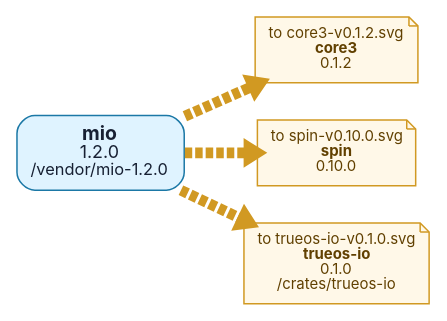
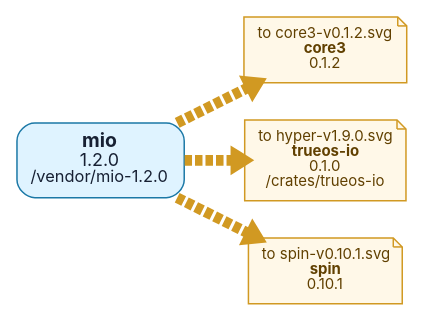
Before and after one commit to t4ce/TRUEOS: the diagram in tools/docs/depgraph/by-root/mio-v1.2.0.dot, drawn with Graphviz. The commit also changed 214 other files, not shown here.

```diff
--- a/tools/docs/depgraph/by-root/mio-v1.2.0.dot
+++ b/tools/docs/depgraph/by-root/mio-v1.2.0.dot
@@ -1,15 +1,15 @@
 digraph "mio-v1.2.0" {
   graph [rankdir=LR, bgcolor="white", overlap=false, splines=true, nodesep=0.35, ranksep=0.55];
   node [shape=box, style="rounded,filled", fontname="Inter,Arial", fontsize=10, margin="0.13,0.10", color="#8b9bb0", fillcolor="#f7f9fb", fontcolor="#172033"];
   edge [color="#9aa8b8", arrowsize=0.55, penwidth=7.2];
   n0 [label=<<FONT POINT-SIZE="13"><B>mio</B></FONT><BR/><FONT POINT-SIZE="12">1.2.0</FONT><BR/><FONT POINT-SIZE="11">/vendor/mio-1.2.0</FONT>>, fillcolor="#dff3ff", color="#1b78a6"];
   out0 [label=<to core3-v0.1.2.svg<BR/><B>core3</B><BR/>0.1.2>, shape=note, style="filled", fillcolor="#fff8e8", color="#d19922", fontcolor="#614000"];
   n0 -> out0 [style=dashed, color="#d19922"];
-  out1 [label=<to spin-v0.10.0.svg<BR/><B>spin</B><BR/>0.10.0>, shape=note, style="filled", fillcolor="#fff8e8", color="#d19922", fontcolor="#614000"];
+  out1 [label=<to hyper-v1.9.0.svg<BR/><B>trueos-io</B><BR/>0.1.0<BR/>/crates/trueos-io>, shape=note, style="filled", fillcolor="#fff8e8", color="#d19922", fontcolor="#614000"];
   n0 -> out1 [style=dashed, color="#d19922"];
-  out2 [label=<to trueos-io-v0.1.0.svg<BR/><B>trueos-io</B><BR/>0.1.0<BR/>/crates/trueos-io>, shape=note, style="filled", fillcolor="#fff8e8", color="#d19922", fontcolor="#614000"];
+  out2 [label=<to spin-v0.10.1.svg<BR/><B>spin</B><BR/>0.10.1>, shape=note, style="filled", fillcolor="#fff8e8", color="#d19922", fontcolor="#614000"];
   n0 -> out2 [style=dashed, color="#d19922"];
   // collapsed leaf ends: 0
   // centered two-input leaves: 0
   // nested two-input leaves: 0
 }
```
